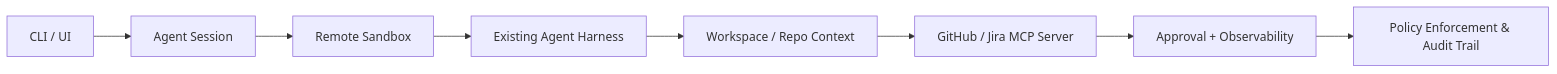
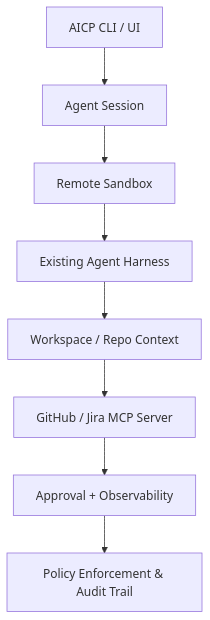
One commit to dong050199/ai-engineering changed the sixth of 6 diagrams in agentic-platform.md. Above: the diagram before and after it, drawn with Mermaid. The commit also changed other lines of this file and 7 other files, not shown here.

````diff
--- a/agentic-platform.md
+++ b/agentic-platform.md
@@ -182,10 +191,10 @@
 ```mermaid
-flowchart LR
-    CLI[CLI / UI] --> Session[Agent Session]
+flowchart TD
+    CLI_UI[AICP CLI / UI] --> Session[Agent Session]
     Session --> Sandbox[Remote Sandbox]
     Sandbox --> Harness[Existing Agent Harness]
     Harness --> Workspace[Workspace / Repo Context]
     Workspace --> MCP[GitHub / Jira MCP Server]
-    MCP --> Gov[Approval + Observability]
-    Gov --> Audit[Policy Enforcement & Audit Trail]
+    MCP --> Governance[Approval + Observability]
+    Governance --> Audit[Policy Enforcement & Audit Trail]
 ```
````
